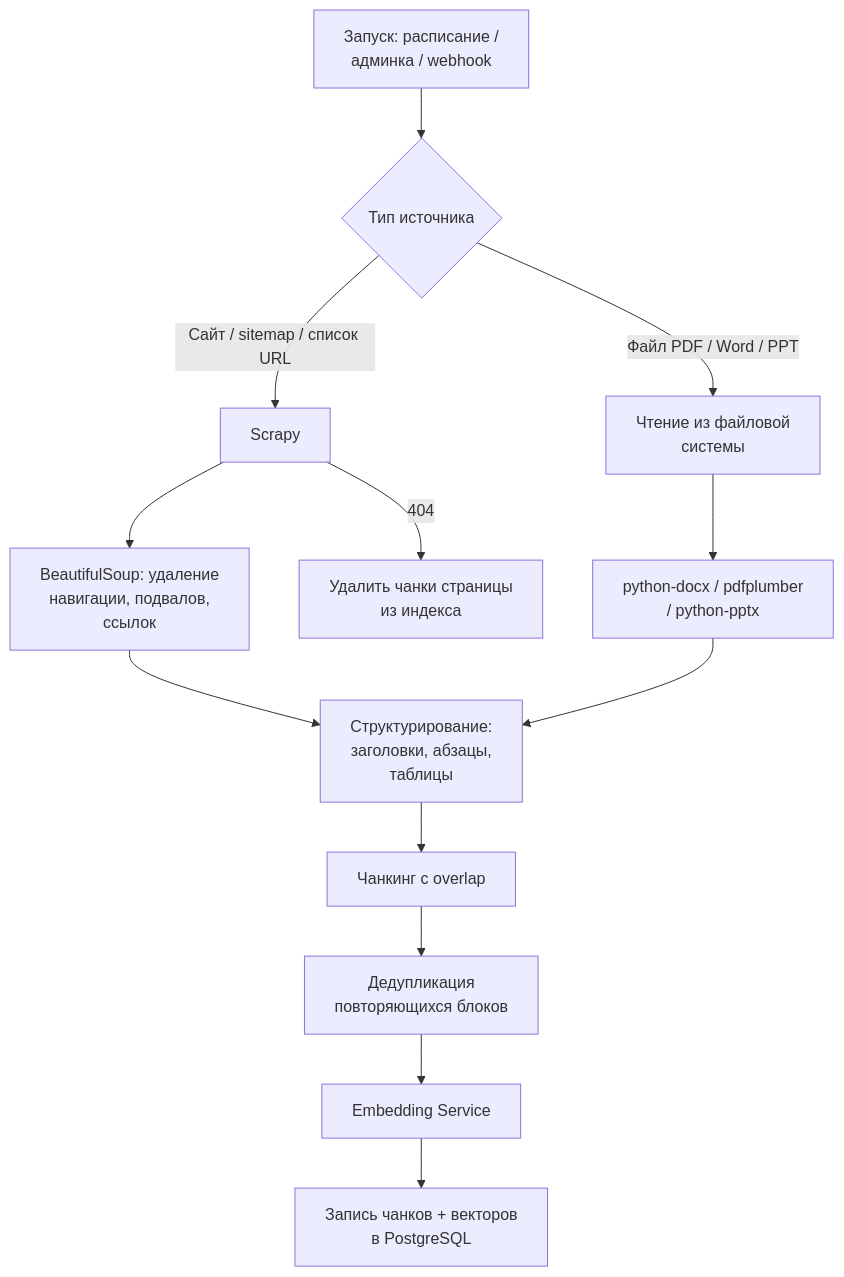
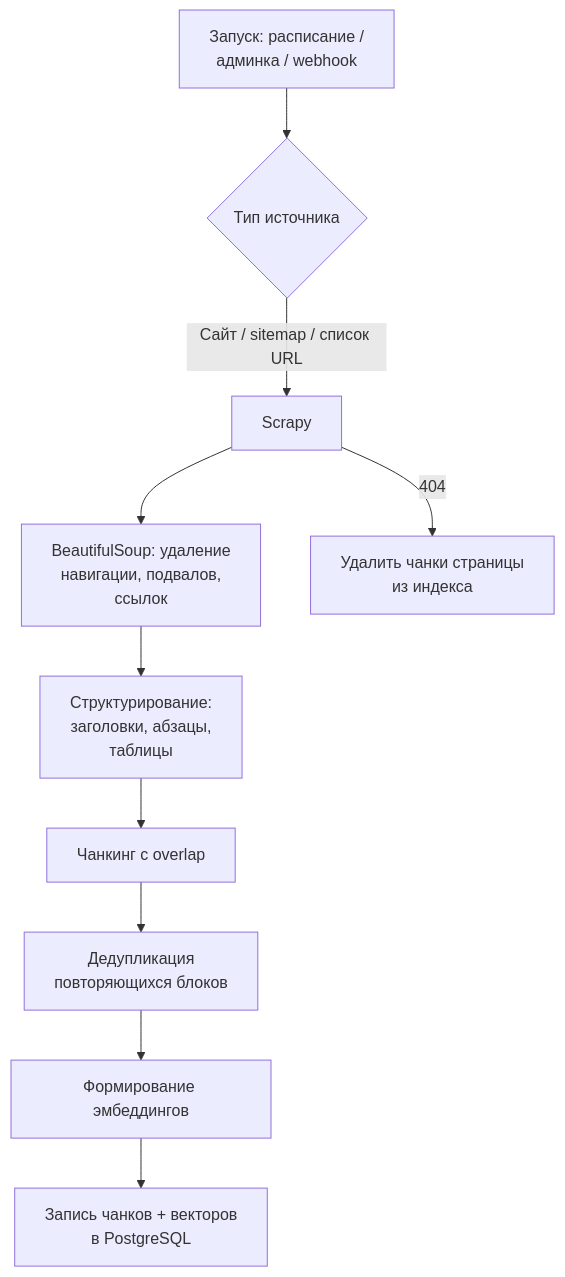
One commit to xen/vchat changed the ninth of 9 diagrams in docs/01_architecture_specification_comments.md. Above: the diagram before and after it, drawn with Mermaid. The commit also changed other lines of this file and 6 other files, not shown here.

Commit message:
refactor: update architecture documentation for clarity and consistency

````diff
--- a/docs/01_architecture_specification_comments.md
+++ b/docs/01_architecture_specification_comments.md
@@ -306,18 +338,14 @@
 ```mermaid
 flowchart TD
     A["Запуск: расписание /<br/>админка / webhook"] --> B{"Тип источника"}
 
     B -->|"Сайт / sitemap / список URL"| C["Scrapy"]
     C --> D["BeautifulSoup: удаление<br/>навигации, подвалов,<br/>ссылок"]
     C -->|"404"| E["Удалить чанки страницы<br/>из индекса"]
 
-    B -->|"Файл PDF / Word / PPT"| F["Чтение из файловой<br/>системы"]
-    F --> G["python-docx / pdfplumber<br/>/ python-pptx"]
-
     D --> H["Структурирование:<br/>заголовки, абзацы,<br/>таблицы"]
-    G --> H
     H --> I["Чанкинг с overlap"]
     I --> J["Дедупликация<br/>повторяющихся блоков"]
-    J --> K["Embedding Service"]
+    J --> K["Формирование эмбеддингов"]
     K --> L["Запись чанков + векторов<br/>в PostgreSQL"]
 ```
````
